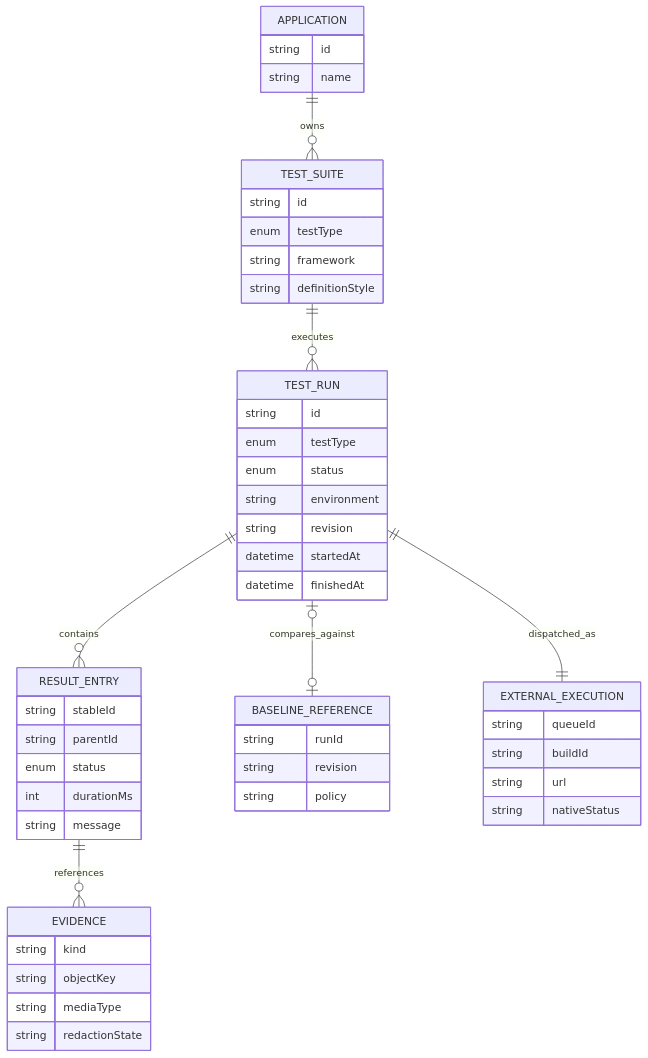
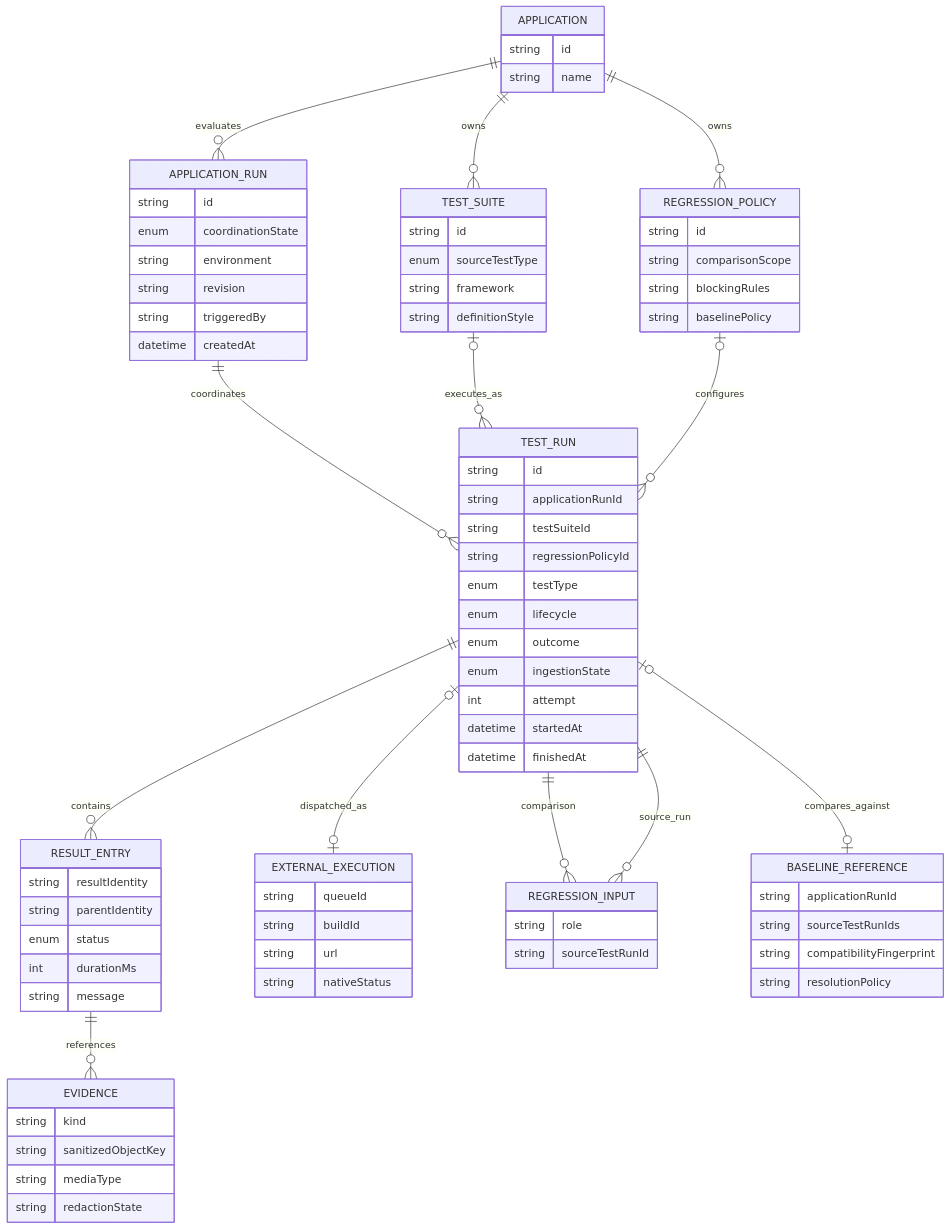
Before and after one commit to blantonsbourbon/test-desk: the second of 6 diagrams in docs/architecture/jenkins-test-results.md, drawn with Mermaid. The commit also changed other lines of this file and 14 other files, not shown here.

Commit message:
docs: update test result architecture and workspaces

````diff
--- a/docs/architecture/jenkins-test-results.md
+++ b/docs/architecture/jenkins-test-results.md
@@ -57,53 +70,82 @@
 ```mermaid
 erDiagram
     APPLICATION ||--o{ TEST_SUITE : owns
-    TEST_SUITE ||--o{ TEST_RUN : executes
+    APPLICATION ||--o{ REGRESSION_POLICY : owns
+    APPLICATION ||--o{ APPLICATION_RUN : evaluates
+    APPLICATION_RUN ||--o{ TEST_RUN : coordinates
+    TEST_SUITE o|--o{ TEST_RUN : executes_as
     TEST_RUN ||--o{ RESULT_ENTRY : contains
     RESULT_ENTRY ||--o{ EVIDENCE : references
+    TEST_RUN o|--o| EXTERNAL_EXECUTION : dispatched_as
+    REGRESSION_POLICY o|--o{ TEST_RUN : configures
+    TEST_RUN ||--o{ REGRESSION_INPUT : comparison
+    REGRESSION_INPUT }o--|| TEST_RUN : source_run
     TEST_RUN o|--o| BASELINE_REFERENCE : compares_against
-    TEST_RUN ||--|| EXTERNAL_EXECUTION : dispatched_as
 
     APPLICATION {
       string id
       string name
     }
     TEST_SUITE {
       string id
-      enum testType
+      enum sourceTestType
       string framework
       string definitionStyle
     }
+    REGRESSION_POLICY {
+      string id
+      string comparisonScope
+      string blockingRules
+      string baselinePolicy
+    }
+    APPLICATION_RUN {
+      string id
+      enum coordinationState
+      string environment
+      string revision
+      string triggeredBy
+      datetime createdAt
+    }
     TEST_RUN {
       string id
+      string applicationRunId
+      string testSuiteId
+      string regressionPolicyId
       enum testType
-      enum status
-      string environment
-      string revision
+      enum lifecycle
+      enum outcome
+      enum ingestionState
+      int attempt
       datetime startedAt
       datetime finishedAt
     }
     RESULT_ENTRY {
-      string stableId
-      string parentId
+      string resultIdentity
+      string parentIdentity
       enum status
       int durationMs
       string message
     }
     EVIDENCE {
       string kind
-      string objectKey
+      string sanitizedObjectKey
       string mediaType
       string redactionState
     }
     EXTERNAL_EXECUTION {
       string queueId
       string buildId
       string url
       string nativeStatus
     }
+    REGRESSION_INPUT {
+      string role
+      string sourceTestRunId
+    }
     BASELINE_REFERENCE {
-      string runId
-      string revision
-      string policy
+      string applicationRunId
+      string sourceTestRunIds
+      string compatibilityFingerprint
+      string resolutionPolicy
     }
 ```
````
